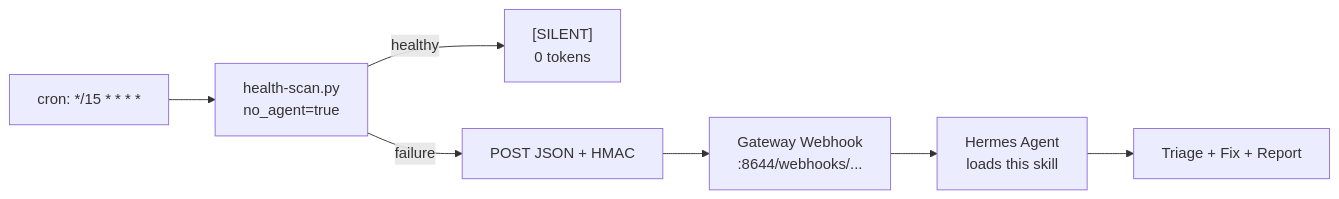
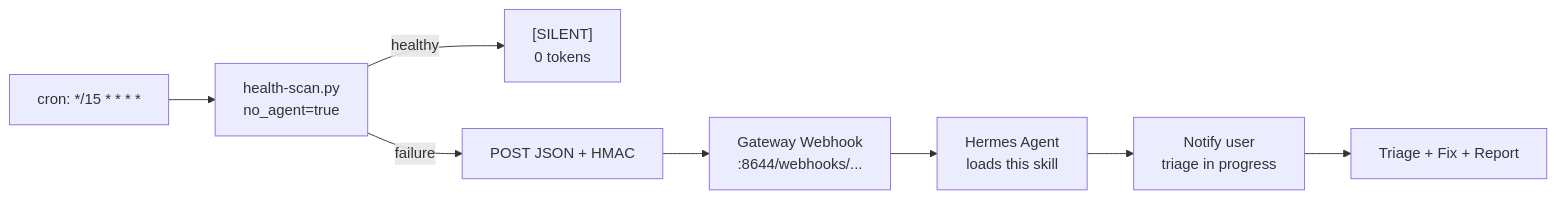
One commit to currand/system-health-watchdog changed the diagram in SKILL.md. Above: the diagram before and after it, drawn with Mermaid. The commit also changed other lines of this file and 4 other files, not shown here.

````diff
--- a/SKILL.md
+++ b/SKILL.md
@@ -77,9 +101,10 @@
 ```mermaid
 flowchart LR
     A[cron: */15 * * * *] --> B[health-scan.py<br/>no_agent=true]
     B -- healthy --> C["[SILENT]<br/>0 tokens"]
     B -- failure --> D[POST JSON + HMAC]
     D --> E[Gateway Webhook<br/>:8644/webhooks/...]
     E --> F[Hermes Agent<br/>loads this skill]
-    F --> G[Triage + Fix + Report]
+    F --> G[Notify user<br/>triage in progress]
+    G --> H[Triage + Fix + Report]
 ```
````
